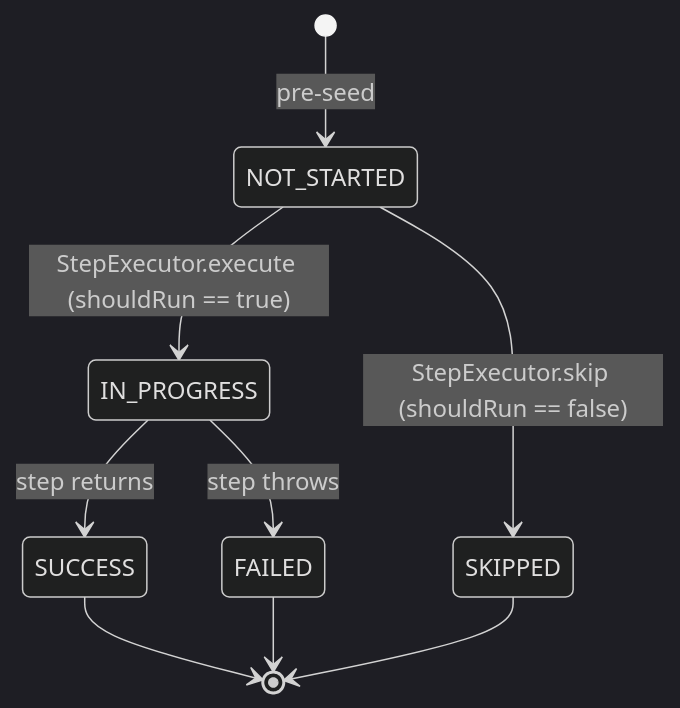
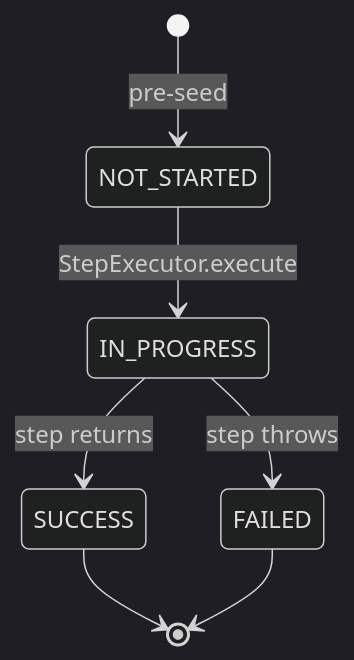
Before and after one commit to bora-arch/create-org-poc: the seventh of 8 diagrams in docs/diagrams.md, drawn with Mermaid (dark theme). The commit also changed other lines of this file and 19 other files, not shown here.

First line of the commit message:
Remove shouldRun and default_config.json; source is now the sole step gate

````diff
--- a/docs/diagrams.md
+++ b/docs/diagrams.md
@@ -340,11 +326,9 @@
 ```mermaid
 stateDiagram-v2
     [*] --> NOT_STARTED : pre-seed
-    NOT_STARTED --> IN_PROGRESS : StepExecutor.execute (shouldRun == true)
-    NOT_STARTED --> SKIPPED : StepExecutor.skip (shouldRun == false)
+    NOT_STARTED --> IN_PROGRESS : StepExecutor.execute
     IN_PROGRESS --> SUCCESS : step returns
     IN_PROGRESS --> FAILED : step throws
     SUCCESS --> [*]
     FAILED --> [*]
-    SKIPPED --> [*]
 ```
````
